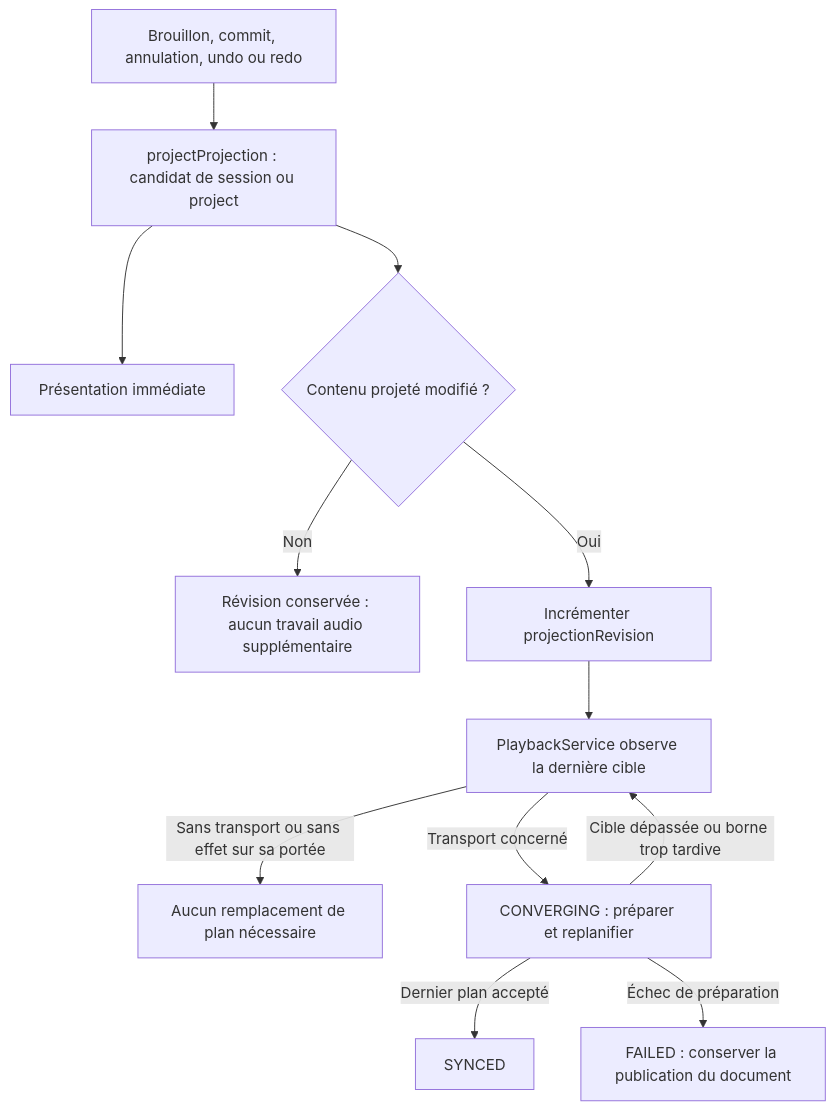
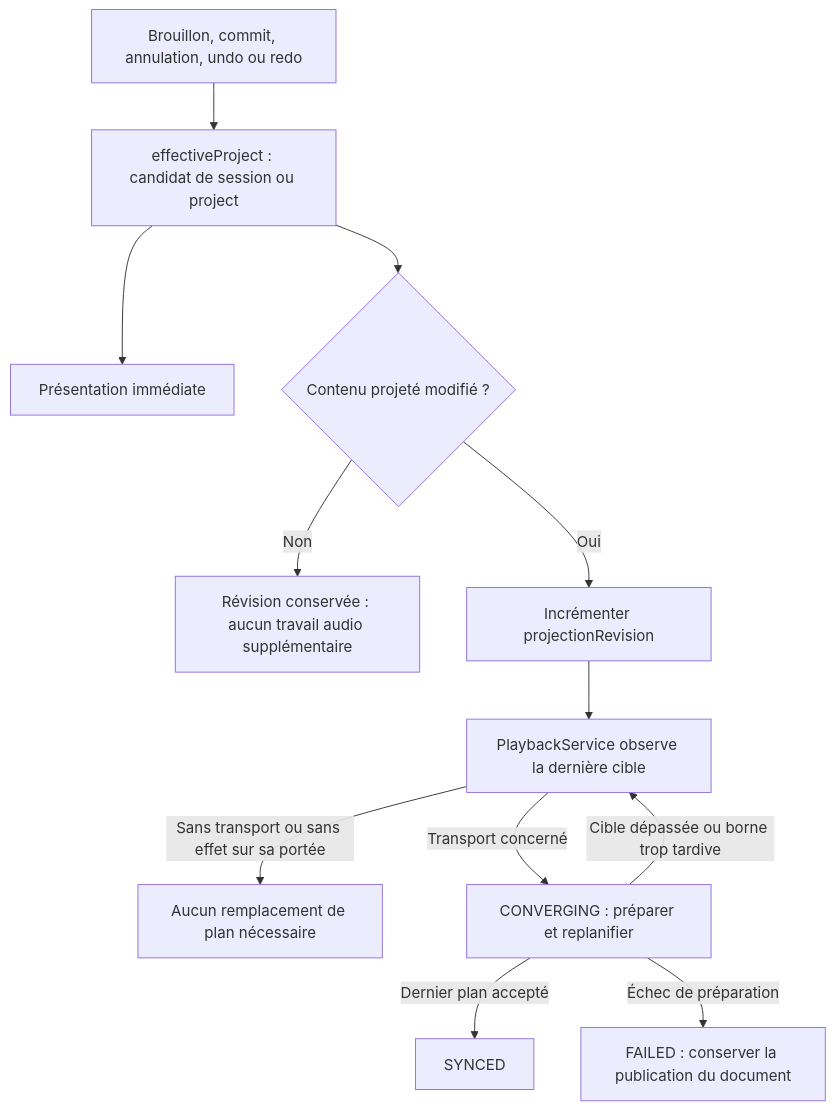
The fifth of 7 diagrams in architecture.md (LucasBertrand/pianola-doc), drawn with Mermaid before and after one commit. The commit also changed other lines of this file and 1 other file, not shown here.

Commit message:
docs: rename effective project and edit decision types

````diff
--- a/architecture.md
+++ b/architecture.md
@@ -997,14 +997,14 @@
 ```mermaid
 flowchart TD
-    Publish["Brouillon, commit, annulation, undo ou redo"] --> Projection["projectProjection : candidat de session ou project"]
+    Publish["Brouillon, commit, annulation, undo ou redo"] --> Projection["effectiveProject : candidat de session ou project"]
     Projection --> View["Présentation immédiate"]
     Projection --> Revision{"Contenu projeté modifié ?"}
     Revision -->|Non| Unchanged["Révision conservée : aucun travail audio supplémentaire"]
     Revision -->|Oui| Target["Incrémenter projectionRevision"]
     Target --> Playback["PlaybackService observe la dernière cible"]
     Playback -->|Sans transport ou sans effet sur sa portée| Skip["Aucun remplacement de plan nécessaire"]
     Playback -->|Transport concerné| Plan["CONVERGING : préparer et replanifier"]
     Plan -->|Dernier plan accepté| Synced["SYNCED"]
     Plan -->|Cible dépassée ou borne trop tardive| Playback
     Plan -->|Échec de préparation| Failed["FAILED : conserver la publication du document"]
 ```
````
